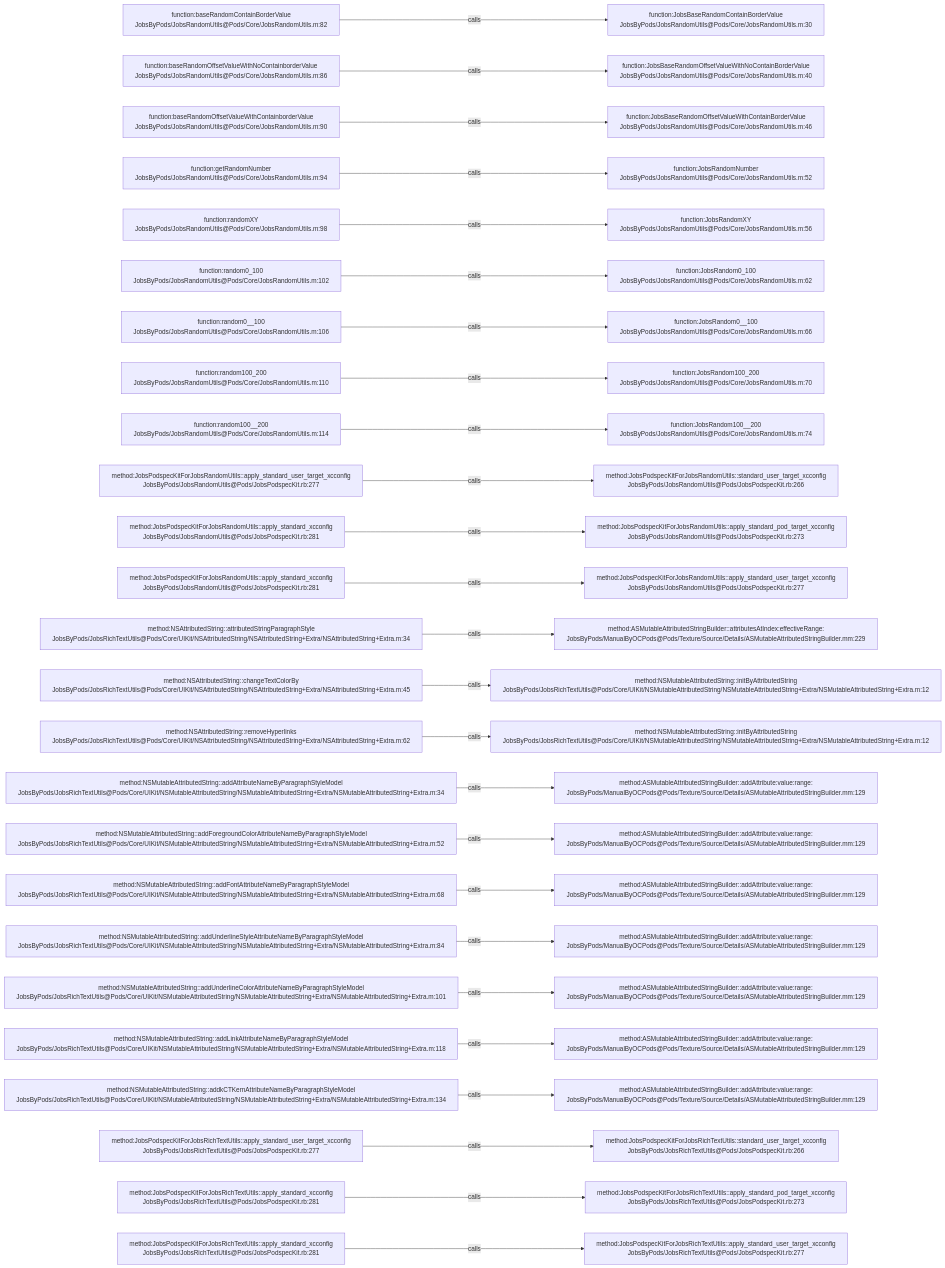
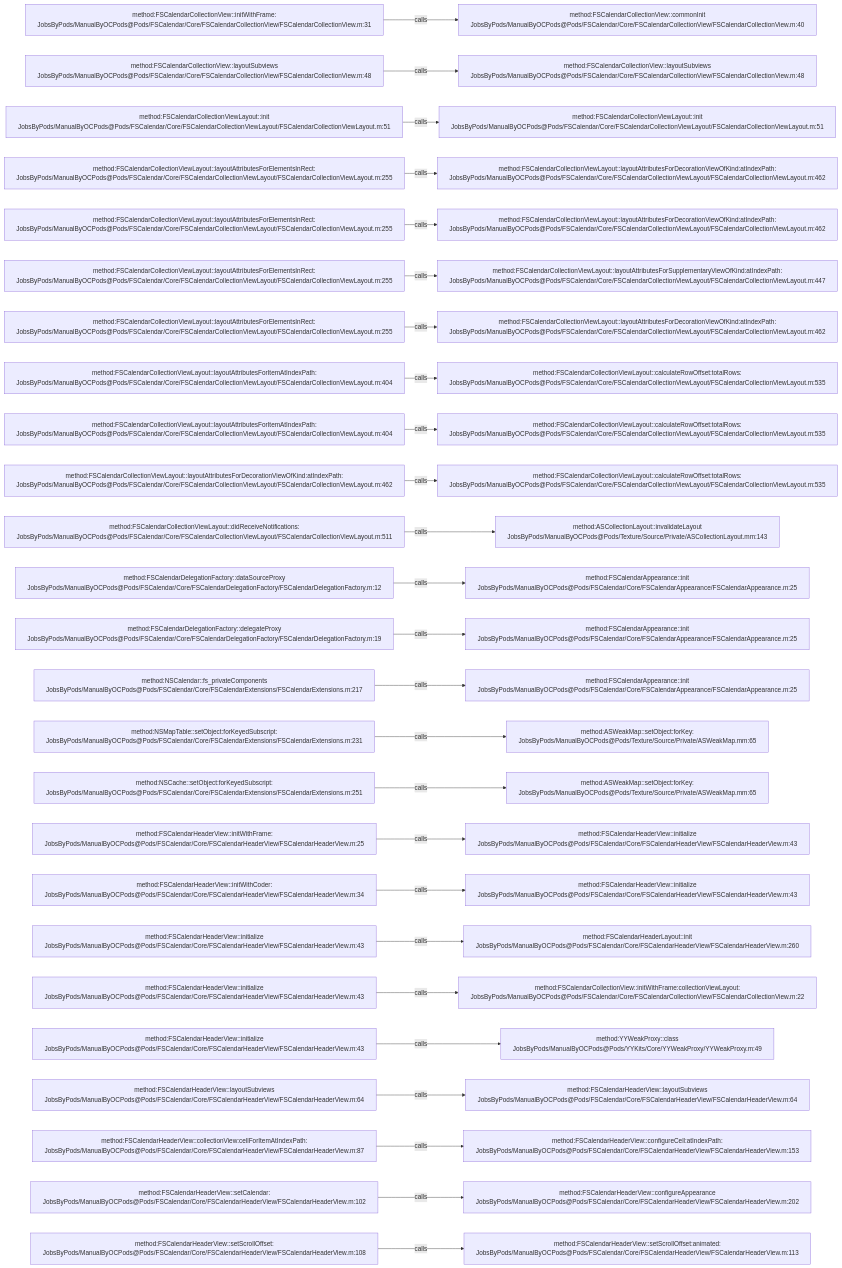
Before and after one commit to JobsKits/JobsOCBaseConfigDemo: the diagram in .codegraph/codegraph.md/graphs/calls-020.md, drawn with Mermaid. The commit also changed 1223 other files, not shown here.

````diff
--- a/.codegraph/codegraph.md/graphs/calls-020.md
+++ b/.codegraph/codegraph.md/graphs/calls-020.md
@@ -13,78 +13,78 @@
 ```mermaid
 flowchart LR
-  S1["function:baseRandomContainBorderValue<br/>JobsByPods/JobsRandomUtils@Pods/Core/JobsRandomUtils.m:82"]
-  T1["function:JobsBaseRandomContainBorderValue<br/>JobsByPods/JobsRandomUtils@Pods/Core/JobsRandomUtils.m:30"]
+  S1["method:FSCalendarCollectionView::initWithFrame:<br/>JobsByPods/ManualByOCPods@Pods/FSCalendar/Core/FSCalendarCollectionView/FSCalendarCollectionView.m:31"]
+  T1["method:FSCalendarCollectionView::commonInit<br/>JobsByPods/ManualByOCPods@Pods/FSCalendar/Core/FSCalendarCollectionView/FSCalendarCollectionView.m:40"]
   S1 -->|calls| T1
-  S2["function:baseRandomOffsetValueWithNoContainborderValue<br/>JobsByPods/JobsRandomUtils@Pods/Core/JobsRandomUtils.m:86"]
-  T2["function:JobsBaseRandomOffsetValueWithNoContainBorderValue<br/>JobsByPods/JobsRandomUtils@Pods/Core/JobsRandomUtils.m:40"]
+  S2["method:FSCalendarCollectionView::layoutSubviews<br/>JobsByPods/ManualByOCPods@Pods/FSCalendar/Core/FSCalendarCollectionView/FSCalendarCollectionView.m:48"]
+  T2["method:FSCalendarCollectionView::layoutSubviews<br/>JobsByPods/ManualByOCPods@Pods/FSCalendar/Core/FSCalendarCollectionView/FSCalendarCollectionView.m:48"]
   S2 -->|calls| T2
-  S3["function:baseRandomOffsetValueWithContainborderValue<br/>JobsByPods/JobsRandomUtils@Pods/Core/JobsRandomUtils.m:90"]
-  T3["function:JobsBaseRandomOffsetValueWithContainBorderValue<br/>JobsByPods/JobsRandomUtils@Pods/Core/JobsRandomUtils.m:46"]
+  S3["method:FSCalendarCollectionViewLayout::init<br/>JobsByPods/ManualByOCPods@Pods/FSCalendar/Core/FSCalendarCollectionViewLayout/FSCalendarCollectionViewLayout.m:51"]
+  T3["method:FSCalendarCollectionViewLayout::init<br/>JobsByPods/ManualByOCPods@Pods/FSCalendar/Core/FSCalendarCollectionViewLayout/FSCalendarCollectionViewLayout.m:51"]
   S3 -->|calls| T3
-  S4["function:getRandomNumber<br/>JobsByPods/JobsRandomUtils@Pods/Core/JobsRandomUtils.m:94"]
-  T4["function:JobsRandomNumber<br/>JobsByPods/JobsRandomUtils@Pods/Core/JobsRandomUtils.m:52"]
+  S4["method:FSCalendarCollectionViewLayout::layoutAttributesForElementsInRect:<br/>JobsByPods/ManualByOCPods@Pods/FSCalendar/Core/FSCalendarCollectionViewLayout/FSCalendarCollectionViewLayout.m:255"]
+  T4["method:FSCalendarCollectionViewLayout::layoutAttributesForDecorationViewOfKind:atIndexPath:<br/>JobsByPods/ManualByOCPods@Pods/FSCalendar/Core/FSCalendarCollectionViewLayout/FSCalendarCollectionViewLayout.m:462"]
   S4 -->|calls| T4
-  S5["function:randomXY<br/>JobsByPods/JobsRandomUtils@Pods/Core/JobsRandomUtils.m:98"]
-  T5["function:JobsRandomXY<br/>JobsByPods/JobsRandomUtils@Pods/Core/JobsRandomUtils.m:56"]
+  S5["method:FSCalendarCollectionViewLayout::layoutAttributesForElementsInRect:<br/>JobsByPods/ManualByOCPods@Pods/FSCalendar/Core/FSCalendarCollectionViewLayout/FSCalendarCollectionViewLayout.m:255"]
+  T5["method:FSCalendarCollectionViewLayout::layoutAttributesForDecorationViewOfKind:atIndexPath:<br/>JobsByPods/ManualByOCPods@Pods/FSCalendar/Core/FSCalendarCollectionViewLayout/FSCalendarCollectionViewLayout.m:462"]
   S5 -->|calls| T5
-  S6["function:random0_100<br/>JobsByPods/JobsRandomUtils@Pods/Core/JobsRandomUtils.m:102"]
-  T6["function:JobsRandom0_100<br/>JobsByPods/JobsRandomUtils@Pods/Core/JobsRandomUtils.m:62"]
+  S6["method:FSCalendarCollectionViewLayout::layoutAttributesForElementsInRect:<br/>JobsByPods/ManualByOCPods@Pods/FSCalendar/Core/FSCalendarCollectionViewLayout/FSCalendarCollectionViewLayout.m:255"]
+  T6["method:FSCalendarCollectionViewLayout::layoutAttributesForSupplementaryViewOfKind:atIndexPath:<br/>JobsByPods/ManualByOCPods@Pods/FSCalendar/Core/FSCalendarCollectionViewLayout/FSCalendarCollectionViewLayout.m:447"]
   S6 -->|calls| T6
-  S7["function:random0__100<br/>JobsByPods/JobsRandomUtils@Pods/Core/JobsRandomUtils.m:106"]
-  T7["function:JobsRandom0__100<br/>JobsByPods/JobsRandomUtils@Pods/Core/JobsRandomUtils.m:66"]
+  S7["method:FSCalendarCollectionViewLayout::layoutAttributesForElementsInRect:<br/>JobsByPods/ManualByOCPods@Pods/FSCalendar/Core/FSCalendarCollectionViewLayout/FSCalendarCollectionViewLayout.m:255"]
+  T7["method:FSCalendarCollectionViewLayout::layoutAttributesForDecorationViewOfKind:atIndexPath:<br/>JobsByPods/ManualByOCPods@Pods/FSCalendar/Core/FSCalendarCollectionViewLayout/FSCalendarCollectionViewLayout.m:462"]
   S7 -->|calls| T7
-  S8["function:random100_200<br/>JobsByPods/JobsRandomUtils@Pods/Core/JobsRandomUtils.m:110"]
-  T8["function:JobsRandom100_200<br/>JobsByPods/JobsRandomUtils@Pods/Core/JobsRandomUtils.m:70"]
+  S8["method:FSCalendarCollectionViewLayout::layoutAttributesForItemAtIndexPath:<br/>JobsByPods/ManualByOCPods@Pods/FSCalendar/Core/FSCalendarCollectionViewLayout/FSCalendarCollectionViewLayout.m:404"]
+  T8["method:FSCalendarCollectionViewLayout::calculateRowOffset:totalRows:<br/>JobsByPods/ManualByOCPods@Pods/FSCalendar/Core/FSCalendarCollectionViewLayout/FSCalendarCollectionViewLayout.m:535"]
   S8 -->|calls| T8
-  S9["function:random100__200<br/>JobsByPods/JobsRandomUtils@Pods/Core/JobsRandomUtils.m:114"]
-  T9["function:JobsRandom100__200<br/>JobsByPods/JobsRandomUtils@Pods/Core/JobsRandomUtils.m:74"]
+  S9["method:FSCalendarCollectionViewLayout::layoutAttributesForItemAtIndexPath:<br/>JobsByPods/ManualByOCPods@Pods/FSCalendar/Core/FSCalendarCollectionViewLayout/FSCalendarCollectionViewLayout.m:404"]
+  T9["method:FSCalendarCollectionViewLayout::calculateRowOffset:totalRows:<br/>JobsByPods/ManualByOCPods@Pods/FSCalendar/Core/FSCalendarCollectionViewLayout/FSCalendarCollectionViewLayout.m:535"]
   S9 -->|calls| T9
-  S10["method:JobsPodspecKitForJobsRandomUtils::apply_standard_user_target_xcconfig<br/>JobsByPods/JobsRandomUtils@Pods/JobsPodspecKit.rb:277"]
-  T10["method:JobsPodspecKitForJobsRandomUtils::standard_user_target_xcconfig<br/>JobsByPods/JobsRandomUtils@Pods/JobsPodspecKit.rb:266"]
+  S10["method:FSCalendarCollectionViewLayout::layoutAttributesForDecorationViewOfKind:atIndexPath:<br/>JobsByPods/ManualByOCPods@Pods/FSCalendar/Core/FSCalendarCollectionViewLayout/FSCalendarCollectionViewLayout.m:462"]
+  T10["method:FSCalendarCollectionViewLayout::calculateRowOffset:totalRows:<br/>JobsByPods/ManualByOCPods@Pods/FSCalendar/Core/FSCalendarCollectionViewLayout/FSCalendarCollectionViewLayout.m:535"]
   S10 -->|calls| T10
-  S11["method:JobsPodspecKitForJobsRandomUtils::apply_standard_xcconfig<br/>JobsByPods/JobsRandomUtils@Pods/JobsPodspecKit.rb:281"]
-  T11["method:JobsPodspecKitForJobsRandomUtils::apply_standard_pod_target_xcconfig<br/>JobsByPods/JobsRandomUtils@Pods/JobsPodspecKit.rb:273"]
+  S11["method:FSCalendarCollectionViewLayout::didReceiveNotifications:<br/>JobsByPods/ManualByOCPods@Pods/FSCalendar/Core/FSCalendarCollectionViewLayout/FSCalendarCollectionViewLayout.m:511"]
+  T11["method:ASCollectionLayout::invalidateLayout<br/>JobsByPods/ManualByOCPods@Pods/Texture/Source/Private/ASCollectionLayout.mm:143"]
   S11 -->|calls| T11
-  S12["method:JobsPodspecKitForJobsRandomUtils::apply_standard_xcconfig<br/>JobsByPods/JobsRandomUtils@Pods/JobsPodspecKit.rb:281"]
-  T12["method:JobsPodspecKitForJobsRandomUtils::apply_standard_user_target_xcconfig<br/>JobsByPods/JobsRandomUtils@Pods/JobsPodspecKit.rb:277"]
+  S12["method:FSCalendarDelegationFactory::dataSourceProxy<br/>JobsByPods/ManualByOCPods@Pods/FSCalendar/Core/FSCalendarDelegationFactory/FSCalendarDelegationFactory.m:12"]
+  T12["method:FSCalendarAppearance::init<br/>JobsByPods/ManualByOCPods@Pods/FSCalendar/Core/FSCalendarAppearance/FSCalendarAppearance.m:25"]
   S12 -->|calls| T12
-  S13["method:NSAttributedString::attributedStringParagraphStyle<br/>JobsByPods/JobsRichTextUtils@Pods/Core/UIKit/NSAttributedString/NSAttributedString+Extra/NSAttributedString+Extra.m:34"]
-  T13["method:ASMutableAttributedStringBuilder::attributesAtIndex:effectiveRange:<br/>JobsByPods/ManualByOCPods@Pods/Texture/Source/Details/ASMutableAttributedStringBuilder.mm:229"]
+  S13["method:FSCalendarDelegationFactory::delegateProxy<br/>JobsByPods/ManualByOCPods@Pods/FSCalendar/Core/FSCalendarDelegationFactory/FSCalendarDelegationFactory.m:19"]
+  T13["method:FSCalendarAppearance::init<br/>JobsByPods/ManualByOCPods@Pods/FSCalendar/Core/FSCalendarAppearance/FSCalendarAppearance.m:25"]
   S13 -->|calls| T13
-  S14["method:NSAttributedString::changeTextColorBy<br/>JobsByPods/JobsRichTextUtils@Pods/Core/UIKit/NSAttributedString/NSAttributedString+Extra/NSAttributedString+Extra.m:45"]
-  T14["method:NSMutableAttributedString::initByAttributedString<br/>JobsByPods/JobsRichTextUtils@Pods/Core/UIKit/NSMutableAttributedString/NSMutableAttributedString+Extra/NSMutableAttributedString+Extra.m:12"]
+  S14["method:NSCalendar::fs_privateComponents<br/>JobsByPods/ManualByOCPods@Pods/FSCalendar/Core/FSCalendarExtensions/FSCalendarExtensions.m:217"]
+  T14["method:FSCalendarAppearance::init<br/>JobsByPods/ManualByOCPods@Pods/FSCalendar/Core/FSCalendarAppearance/FSCalendarAppearance.m:25"]
   S14 -->|calls| T14
-  S15["method:NSAttributedString::removeHyperlinks<br/>JobsByPods/JobsRichTextUtils@Pods/Core/UIKit/NSAttributedString/NSAttributedString+Extra/NSAttributedString+Extra.m:62"]
-  T15["method:NSMutableAttributedString::initByAttributedString<br/>JobsByPods/JobsRichTextUtils@Pods/Core/UIKit/NSMutableAttributedString/NSMutableAttributedString+Extra/NSMutableAttributedString+Extra.m:12"]
+  S15["method:NSMapTable::setObject:forKeyedSubscript:<br/>JobsByPods/ManualByOCPods@Pods/FSCalendar/Core/FSCalendarExtensions/FSCalendarExtensions.m:231"]
+  T15["method:ASWeakMap::setObject:forKey:<br/>JobsByPods/ManualByOCPods@Pods/Texture/Source/Private/ASWeakMap.mm:65"]
   S15 -->|calls| T15
-  S16["method:NSMutableAttributedString::addAttributeNameByParagraphStyleModel<br/>JobsByPods/JobsRichTextUtils@Pods/Core/UIKit/NSMutableAttributedString/NSMutableAttributedString+Extra/NSMutableAttributedString+Extra.m:34"]
-  T16["method:ASMutableAttributedStringBuilder::addAttribute:value:range:<br/>JobsByPods/ManualByOCPods@Pods/Texture/Source/Details/ASMutableAttributedStringBuilder.mm:129"]
+  S16["method:NSCache::setObject:forKeyedSubscript:<br/>JobsByPods/ManualByOCPods@Pods/FSCalendar/Core/FSCalendarExtensions/FSCalendarExtensions.m:251"]
+  T16["method:ASWeakMap::setObject:forKey:<br/>JobsByPods/ManualByOCPods@Pods/Texture/Source/Private/ASWeakMap.mm:65"]
   S16 -->|calls| T16
-  S17["method:NSMutableAttributedString::addForegroundColorAttributeNameByParagraphStyleModel<br/>JobsByPods/JobsRichTextUtils@Pods/Core/UIKit/NSMutableAttributedString/NSMutableAttributedString+Extra/NSMutableAttributedString+Extra.m:52"]
-  T17["method:ASMutableAttributedStringBuilder::addAttribute:value:range:<br/>JobsByPods/ManualByOCPods@Pods/Texture/Source/Details/ASMutableAttributedStringBuilder.mm:129"]
+  S17["method:FSCalendarHeaderView::initWithFrame:<br/>JobsByPods/ManualByOCPods@Pods/FSCalendar/Core/FSCalendarHeaderView/FSCalendarHeaderView.m:25"]
+  T17["method:FSCalendarHeaderView::initialize<br/>JobsByPods/ManualByOCPods@Pods/FSCalendar/Core/FSCalendarHeaderView/FSCalendarHeaderView.m:43"]
   S17 -->|calls| T17
-  S18["method:NSMutableAttributedString::addFontAttributeNameByParagraphStyleModel<br/>JobsByPods/JobsRichTextUtils@Pods/Core/UIKit/NSMutableAttributedString/NSMutableAttributedString+Extra/NSMutableAttributedString+Extra.m:68"]
-  T18["method:ASMutableAttributedStringBuilder::addAttribute:value:range:<br/>JobsByPods/ManualByOCPods@Pods/Texture/Source/Details/ASMutableAttributedStringBuilder.mm:129"]
+  S18["method:FSCalendarHeaderView::initWithCoder:<br/>JobsByPods/ManualByOCPods@Pods/FSCalendar/Core/FSCalendarHeaderView/FSCalendarHeaderView.m:34"]
+  T18["method:FSCalendarHeaderView::initialize<br/>JobsByPods/ManualByOCPods@Pods/FSCalendar/Core/FSCalendarHeaderView/FSCalendarHeaderView.m:43"]
   S18 -->|calls| T18
-  S19["method:NSMutableAttributedString::addUnderlineStyleAttributeNameByParagraphStyleModel<br/>JobsByPods/JobsRichTextUtils@Pods/Core/UIKit/NSMutableAttributedString/NSMutableAttributedString+Extra/NSMutableAttributedString+Extra.m:84"]
-  T19["method:ASMutableAttributedStringBuilder::addAttribute:value:range:<br/>JobsByPods/ManualByOCPods@Pods/Texture/Source/Details/ASMutableAttributedStringBuilder.mm:129"]
+  S19["method:FSCalendarHeaderView::initialize<br/>JobsByPods/ManualByOCPods@Pods/FSCalendar/Core/FSCalendarHeaderView/FSCalendarHeaderView.m:43"]
+  T19["method:FSCalendarHeaderLayout::init<br/>JobsByPods/ManualByOCPods@Pods/FSCalendar/Core/FSCalendarHeaderView/FSCalendarHeaderView.m:260"]
   S19 -->|calls| T19
-  S20["method:NSMutableAttributedString::addUnderlineColorAttributeNameByParagraphStyleModel<br/>JobsByPods/JobsRichTextUtils@Pods/Core/UIKit/NSMutableAttributedString/NSMutableAttributedString+Extra/NSMutableAttributedString+Extra.m:101"]
-  T20["method:ASMutableAttributedStringBuilder::addAttribute:value:range:<br/>JobsByPods/ManualByOCPods@Pods/Texture/Source/Details/ASMutableAttributedStringBuilder.mm:129"]
+  S20["method:FSCalendarHeaderView::initialize<br/>JobsByPods/ManualByOCPods@Pods/FSCalendar/Core/FSCalendarHeaderView/FSCalendarHeaderView.m:43"]
+  T20["method:FSCalendarCollectionView::initWithFrame:collectionViewLayout:<br/>JobsByPods/ManualByOCPods@Pods/FSCalendar/Core/FSCalendarCollectionView/FSCalendarCollectionView.m:22"]
   S20 -->|calls| T20
-  S21["method:NSMutableAttributedString::addLinkAttributeNameByParagraphStyleModel<br/>JobsByPods/JobsRichTextUtils@Pods/Core/UIKit/NSMutableAttributedString/NSMutableAttributedString+Extra/NSMutableAttributedString+Extra.m:118"]
-  T21["method:ASMutableAttributedStringBuilder::addAttribute:value:range:<br/>JobsByPods/ManualByOCPods@Pods/Texture/Source/Details/ASMutableAttributedStringBuilder.mm:129"]
+  S21["method:FSCalendarHeaderView::initialize<br/>JobsByPods/ManualByOCPods@Pods/FSCalendar/Core/FSCalendarHeaderView/FSCalendarHeaderView.m:43"]
+  T21["method:YYWeakProxy::class<br/>JobsByPods/ManualByOCPods@Pods/YYKits/Core/YYWeakProxy/YYWeakProxy.m:49"]
   S21 -->|calls| T21
-  S22["method:NSMutableAttributedString::addkCTKernAttributeNameByParagraphStyleModel<br/>JobsByPods/JobsRichTextUtils@Pods/Core/UIKit/NSMutableAttributedString/NSMutableAttributedString+Extra/NSMutableAttributedString+Extra.m:134"]
-  T22["method:ASMutableAttributedStringBuilder::addAttribute:value:range:<br/>JobsByPods/ManualByOCPods@Pods/Texture/Source/Details/ASMutableAttributedStringBuilder.mm:129"]
+  S22["method:FSCalendarHeaderView::layoutSubviews<br/>JobsByPods/ManualByOCPods@Pods/FSCalendar/Core/FSCalendarHeaderView/FSCalendarHeaderView.m:64"]
+  T22["method:FSCalendarHeaderView::layoutSubviews<br/>JobsByPods/ManualByOCPods@Pods/FSCalendar/Core/FSCalendarHeaderView/FSCalendarHeaderView.m:64"]
   S22 -->|calls| T22
-  S23["method:JobsPodspecKitForJobsRichTextUtils::apply_standard_user_target_xcconfig<br/>JobsByPods/JobsRichTextUtils@Pods/JobsPodspecKit.rb:277"]
-  T23["method:JobsPodspecKitForJobsRichTextUtils::standard_user_target_xcconfig<br/>JobsByPods/JobsRichTextUtils@Pods/JobsPodspecKit.rb:266"]
+  S23["method:FSCalendarHeaderView::collectionView:cellForItemAtIndexPath:<br/>JobsByPods/ManualByOCPods@Pods/FSCalendar/Core/FSCalendarHeaderView/FSCalendarHeaderView.m:87"]
+  T23["method:FSCalendarHeaderView::configureCell:atIndexPath:<br/>JobsByPods/ManualByOCPods@Pods/FSCalendar/Core/FSCalendarHeaderView/FSCalendarHeaderView.m:153"]
   S23 -->|calls| T23
-  S24["method:JobsPodspecKitForJobsRichTextUtils::apply_standard_xcconfig<br/>JobsByPods/JobsRichTextUtils@Pods/JobsPodspecKit.rb:281"]
-  T24["method:JobsPodspecKitForJobsRichTextUtils::apply_standard_pod_target_xcconfig<br/>JobsByPods/JobsRichTextUtils@Pods/JobsPodspecKit.rb:273"]
+  S24["method:FSCalendarHeaderView::setCalendar:<br/>JobsByPods/ManualByOCPods@Pods/FSCalendar/Core/FSCalendarHeaderView/FSCalendarHeaderView.m:102"]
+  T24["method:FSCalendarHeaderView::configureAppearance<br/>JobsByPods/ManualByOCPods@Pods/FSCalendar/Core/FSCalendarHeaderView/FSCalendarHeaderView.m:202"]
   S24 -->|calls| T24
-  S25["method:JobsPodspecKitForJobsRichTextUtils::apply_standard_xcconfig<br/>JobsByPods/JobsRichTextUtils@Pods/JobsPodspecKit.rb:281"]
-  T25["method:JobsPodspecKitForJobsRichTextUtils::apply_standard_user_target_xcconfig<br/>JobsByPods/JobsRichTextUtils@Pods/JobsPodspecKit.rb:277"]
+  S25["method:FSCalendarHeaderView::setScrollOffset:<br/>JobsByPods/ManualByOCPods@Pods/FSCalendar/Core/FSCalendarHeaderView/FSCalendarHeaderView.m:108"]
+  T25["method:FSCalendarHeaderView::setScrollOffset:animated:<br/>JobsByPods/ManualByOCPods@Pods/FSCalendar/Core/FSCalendarHeaderView/FSCalendarHeaderView.m:113"]
   S25 -->|calls| T25
 ```
````
